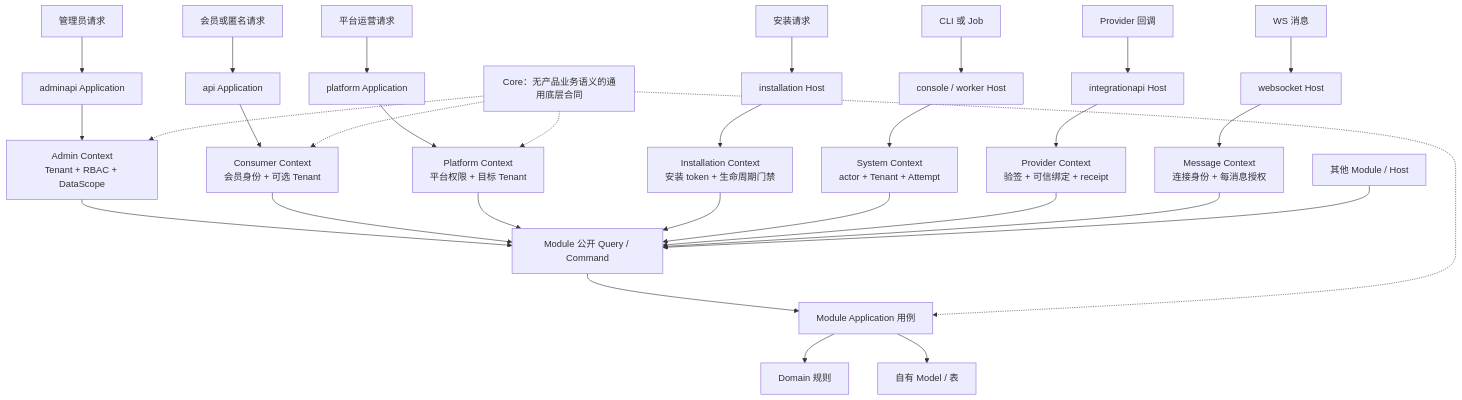
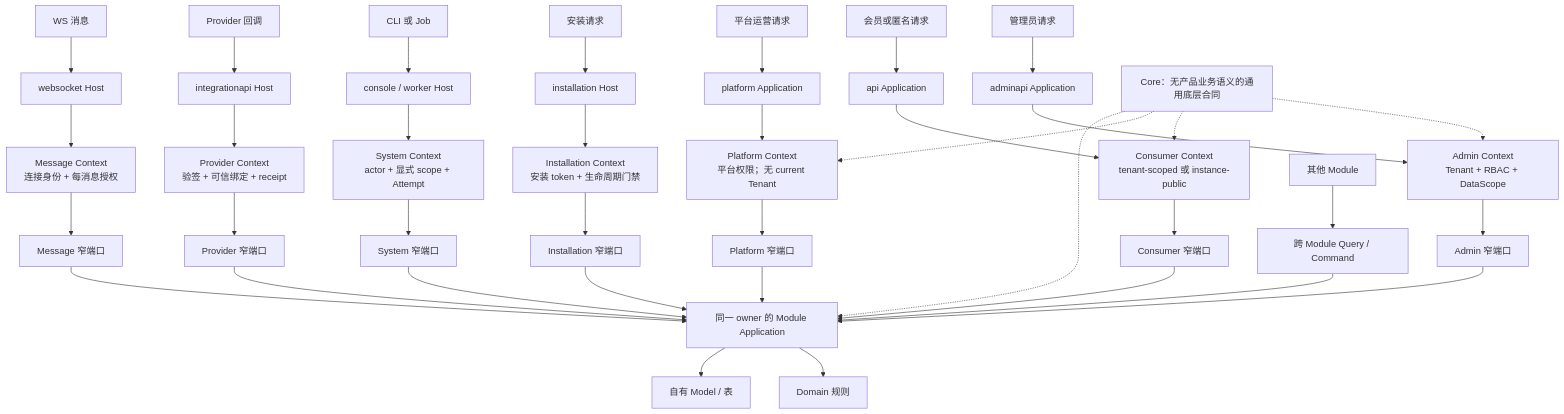
One commit to peanut-business/peanut-admin changed the diagram in docs/architecture/application-module-blueprint/README.md. Above: the diagram before and after it, drawn with Mermaid. The commit also changed other lines of this file and 4 other files, not shown here.

Commit message:
docs: freeze application module architecture

````diff
--- a/docs/architecture/application-module-blueprint/README.md
+++ b/docs/architecture/application-module-blueprint/README.md
@@ -47,27 +65,34 @@
 ```mermaid
 flowchart TB
     Admin[管理员请求] --> AdminApi[adminapi Application] --> AdminContext[Admin Context<br/>Tenant + RBAC + DataScope]
-    Consumer[会员或匿名请求] --> Api[api Application] --> ConsumerContext[Consumer Context<br/>会员身份 + 可选 Tenant]
-    PlatformUser[平台运营请求] --> Platform[platform Application] --> PlatformContext[Platform Context<br/>平台权限 + 目标 Tenant]
+    Consumer[会员或匿名请求] --> Api[api Application] --> ConsumerContext[Consumer Context<br/>tenant-scoped 或 instance-public]
+    PlatformUser[平台运营请求] --> Platform[platform Application] --> PlatformContext[Platform Context<br/>平台权限；无 current Tenant]
     Installer[安装请求] --> Installation[installation Host] --> InstallContext[Installation Context<br/>安装 token + 生命周期门禁]
-    Scheduled[CLI 或 Job] --> Worker[console / worker Host] --> SystemContext[System Context<br/>actor + Tenant + Attempt]
+    Scheduled[CLI 或 Job] --> Worker[console / worker Host] --> SystemContext[System Context<br/>actor + 显式 scope + Attempt]
     Provider[Provider 回调] --> Callback[integrationapi Host] --> ProviderContext[Provider Context<br/>验签 + 可信绑定 + receipt]
     Socket[WS 消息] --> WebSocket[websocket Host] --> MessageContext[Message Context<br/>连接身份 + 每消息授权]
 
-    AdminContext --> PublicApi[Module 公开 Query / Command]
-    ConsumerContext --> PublicApi
-    PlatformContext --> PublicApi
-    InstallContext --> PublicApi
-    SystemContext --> PublicApi
-    ProviderContext --> PublicApi
-    MessageContext --> PublicApi
-    Other[其他 Module / Host] --> PublicApi
-    PublicApi --> UseCase[Module Application 用例]
+    AdminContext --> AdminPort[Admin 窄端口]
+    ConsumerContext --> ConsumerPort[Consumer 窄端口]
+    PlatformContext --> PlatformPort[Platform 窄端口]
+    InstallContext --> InstallationPort[Installation 窄端口]
+    SystemContext --> SystemPort[System 窄端口]
+    ProviderContext --> ProviderPort[Provider 窄端口]
+    MessageContext --> MessagePort[Message 窄端口]
+    Other[其他 Module] --> ModulePort[跨 Module Query / Command]
+    AdminPort --> UseCase[同一 owner 的 Module Application]
+    ConsumerPort --> UseCase
+    PlatformPort --> UseCase
+    InstallationPort --> UseCase
+    SystemPort --> UseCase
+    ProviderPort --> UseCase
+    MessagePort --> UseCase
+    ModulePort --> UseCase
     UseCase --> Domain[Domain 规则]
     UseCase --> Persistence[自有 Model / 表]
 
     Core[Core：无产品业务语义的通用底层合同] -.-> AdminContext
     Core -.-> ConsumerContext
     Core -.-> PlatformContext
     Core -.-> UseCase
 ```
````
